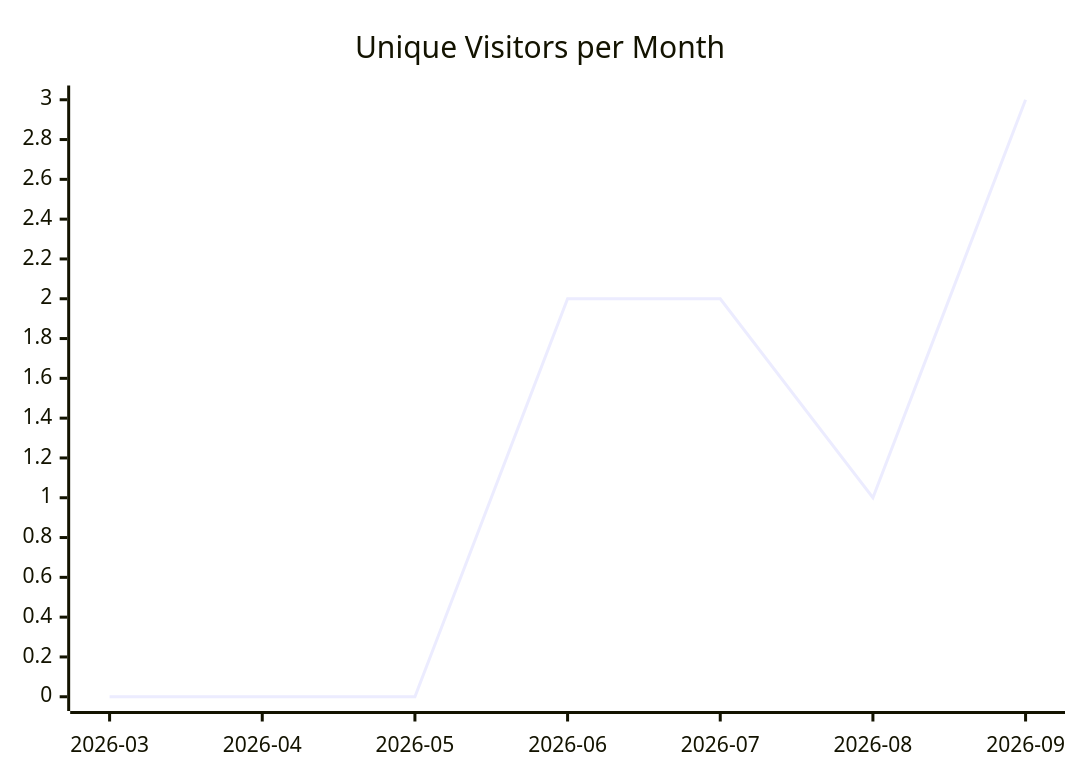
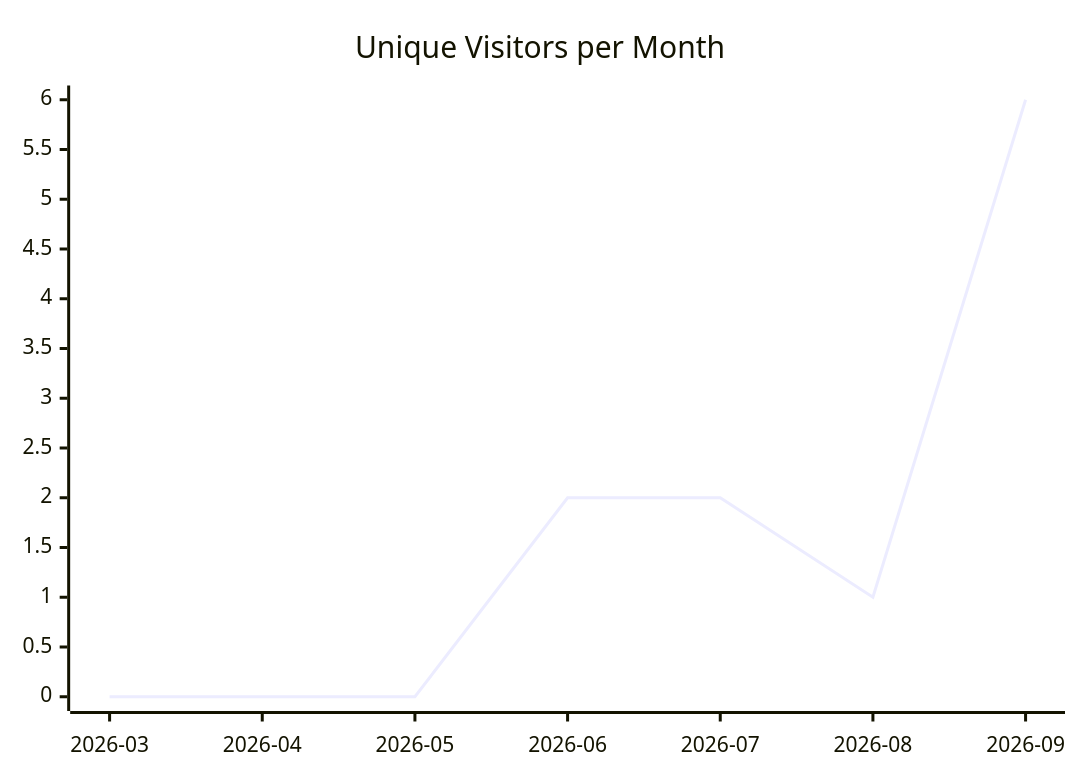
One commit to justdavis-family/github-analytics-data changed the first of 3 diagrams in karlmdavis/dotfiles/README.md. Above: the diagram before and after it, drawn with Mermaid. The commit also changed other lines of this file and 191 other files, not shown here.

````diff
--- a/karlmdavis/dotfiles/README.md
+++ b/karlmdavis/dotfiles/README.md
@@ -5,6 +5,6 @@
 ```mermaid
 xychart-beta
   title "Unique Visitors per Month"
   x-axis ["2026-03", "2026-04", "2026-05", "2026-06", "2026-07", "2026-08", "2026-09"]
-  line [0, 0, 0, 2, 2, 1, 3]
+  line [0, 0, 0, 2, 2, 1, 6]
 ```
````
